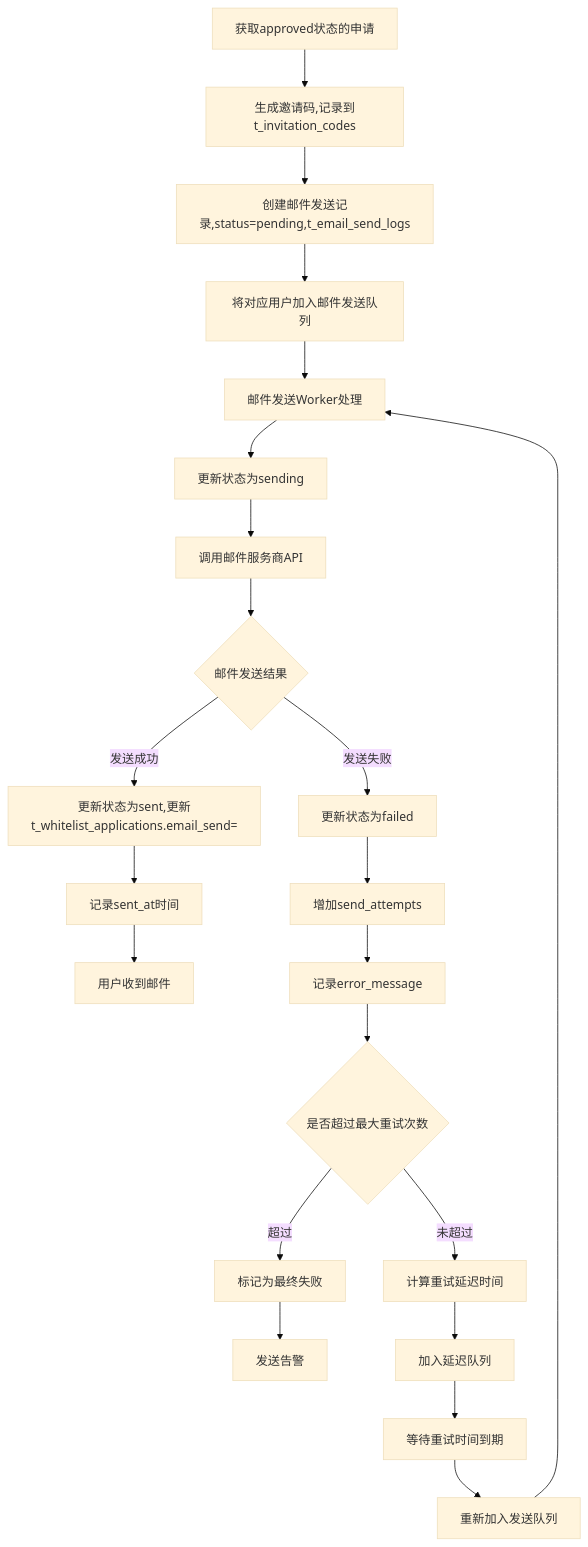
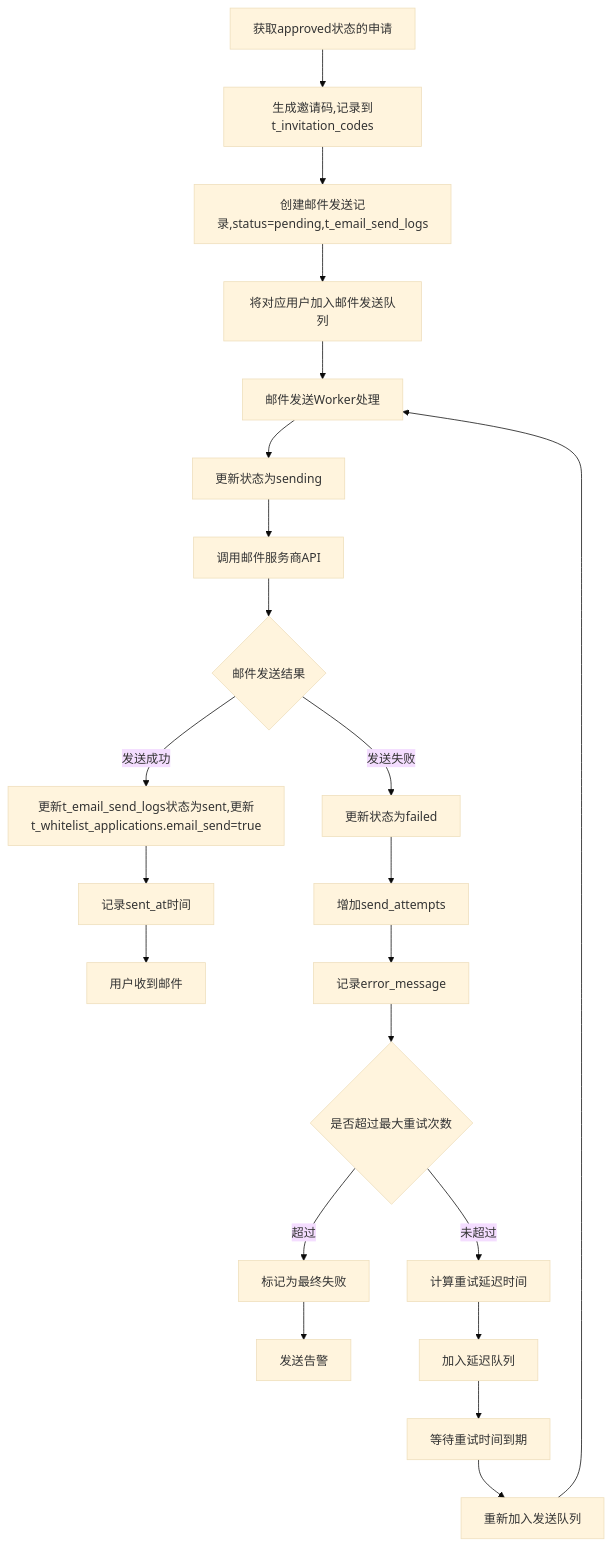
Before and after one commit to yingjianzh/iodraw-files: the diagram in all/未命名-77.md, drawn with Mermaid (base theme).

Commit message:
2025-07-08 10:07:29 update

````diff
--- a/all/未命名-77.md
+++ b/all/未命名-77.md
@@ -1,29 +1,29 @@
 ```mermaid
 
 flowchart TD
     A[获取approved状态的申请] --> B[生成邀请码,记录到t_invitation_codes]
     B --> C[创建邮件发送记录,status=pending,t_email_send_logs]
     C --> D[将对应用户加入邮件发送队列]
     
     D --> E[邮件发送Worker处理]
     E --> F[更新状态为sending]
     F --> G[调用邮件服务商API]
     G --> H{邮件发送结果}
     
-    H -->|发送成功| I[更新状态为sent,更新t_whitelist_applications.email_send=]
+    H -->|发送成功| I[更新t_email_send_logs状态为sent,更新t_whitelist_applications.email_send=true]
     I --> J[记录sent_at时间]
     J --> K[用户收到邮件]
     
     H -->|发送失败| L[更新状态为failed]
     L --> M[增加send_attempts]
     M --> N[记录error_message]
     N --> O{是否超过最大重试次数}
     O -->|超过| P[标记为最终失败]
     P --> Q[发送告警]
     O -->|未超过| R[计算重试延迟时间]
     R --> S[加入延迟队列]
     S --> T[等待重试时间到期]
     T --> U[重新加入发送队列]
     U --> E
 
 ```
````
